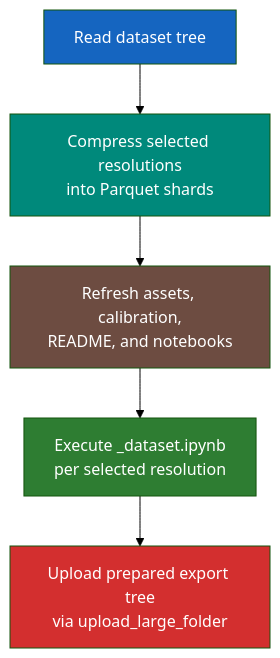
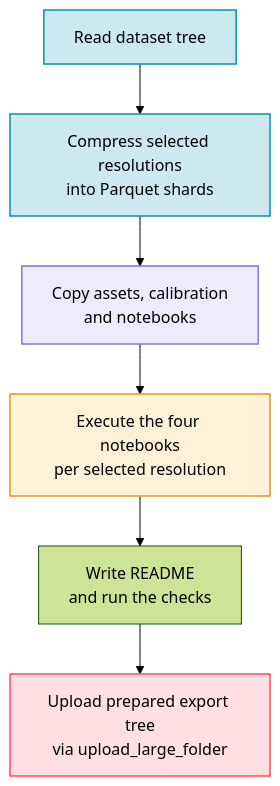
Before and after one commit to ThalesGroup/passage: the diagram in docs/guide/export.md, drawn with Mermaid (forest theme). The commit also changed other lines of this file and 597 other files, not shown here.

````diff
--- a/docs/guide/export.md
+++ b/docs/guide/export.md
@@ -124,13 +176,14 @@
 ```mermaid
 flowchart TD
-    A[Read dataset tree] --> B[Compress selected resolutions\ninto Parquet shards]
-    B --> C[Refresh assets, calibration,\nREADME, and notebooks]
-    C --> D[Execute _dataset.ipynb\nper selected resolution]
-    D --> E[Upload prepared export tree\nvia upload_large_folder]
+    A[Read dataset tree] --> B[Compress selected resolutions<br>into Parquet shards]
+    B --> C[Copy assets, calibration<br>and notebooks]
+    C --> D[Execute the four notebooks<br>per selected resolution]
+    D --> E[Write README<br>and run the checks]
+    E --> F[Upload prepared export tree<br>via upload_large_folder]
 
-    style A fill:#1565C0,color:#fff
-    style B fill:#00897B,color:#fff
-    style C fill:#6D4C41,color:#fff
-    style D fill:#2E7D32,color:#fff
-    style E fill:#D32F2F,color:#fff
+    style A fill:#0891b233,stroke:#0891b2,stroke-width:1.5px
+    style B fill:#0891b233,stroke:#0891b2,stroke-width:1.5px
+    style C fill:#a78bfa2e,stroke:#8b6fe0,stroke-width:1.5px
+    style D fill:#ffb93833,stroke:#d99a1b,stroke-width:1.5px
+    style F fill:#ff4d5e2e,stroke:#ff4d5e,stroke-width:1.5px
 ```
````
